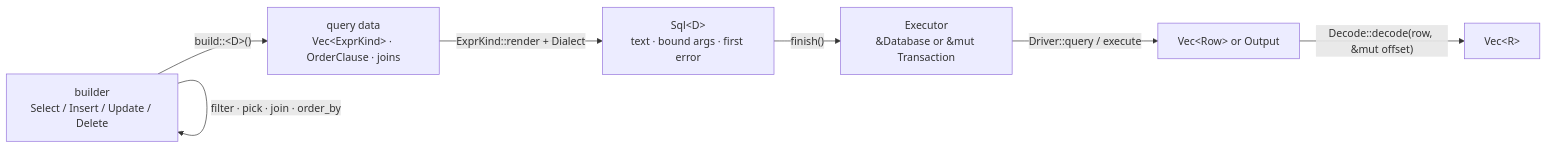
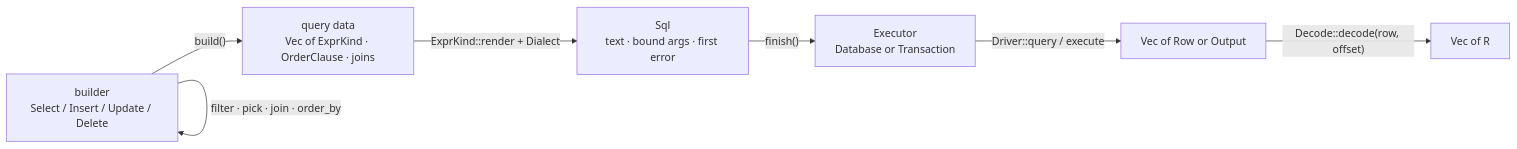
One commit to specta-rs/besu changed the second of 2 diagrams in docs/architecture.md. Above: the diagram before and after it, drawn with Mermaid. The commit also changed other lines of this file and 26 other files, not shown here.

````diff
--- a/docs/architecture.md
+++ b/docs/architecture.md
@@ -127,9 +127,9 @@
 ```mermaid
 flowchart LR
     A["builder<br/>Select / Insert / Update / Delete"] -->|"filter · pick · join · order_by"| A
-    A -->|"build::&lt;D&gt;()"| B["query data<br/>Vec&lt;ExprKind&gt; · OrderClause · joins"]
-    B -->|"ExprKind::render + Dialect"| C["Sql&lt;D&gt;<br/>text · bound args · first error"]
-    C -->|"finish()"| D["Executor<br/>&amp;Database or &amp;mut Transaction"]
-    D -->|"Driver::query / execute"| E["Vec&lt;Row&gt; or Output"]
-    E -->|"Decode::decode(row, &amp;mut offset)"| F["Vec&lt;R&gt;"]
+    A -->|"build()"| B["query data<br/>Vec of ExprKind · OrderClause · joins"]
+    B -->|"ExprKind::render + Dialect"| C["Sql<br/>text · bound args · first error"]
+    C -->|"finish()"| D["Executor<br/>Database or Transaction"]
+    D -->|"Driver::query / execute"| E["Vec of Row or Output"]
+    E -->|"Decode::decode(row, offset)"| F["Vec of R"]
 ```
````
